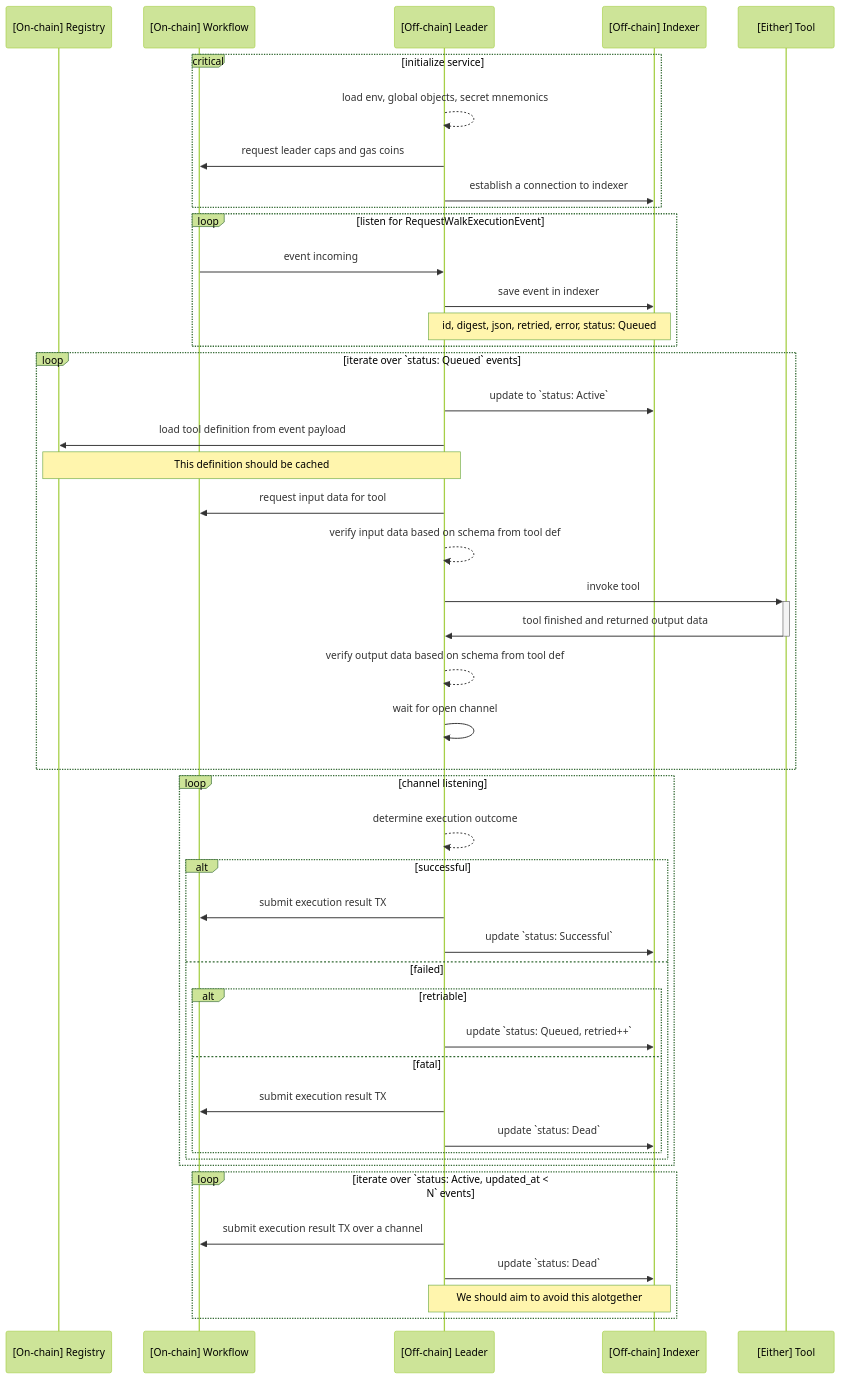
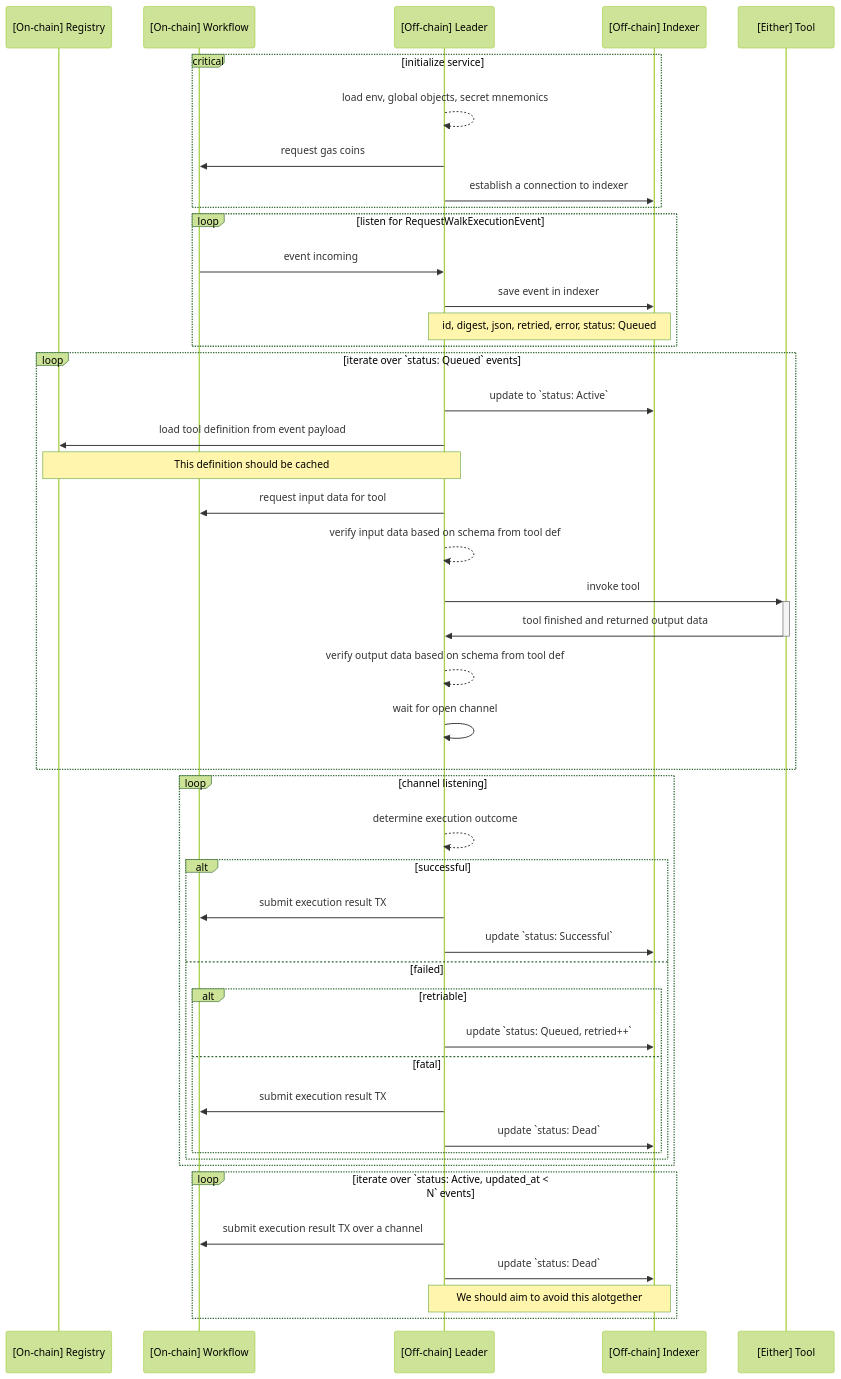
The first of 3 diagrams in nexus/crates/leader.md (Talus-Network/gitbook-docs), drawn with Mermaid (forest theme) before and after one commit. The commit also changed other lines of this file and 1 other file, not shown here.

````diff
--- a/nexus/crates/leader.md
+++ b/nexus/crates/leader.md
@@ -7,54 +7,54 @@
 ```mermaid
 sequenceDiagram
     participant RG as [On-chain] Registry
     participant WF as [On-chain] Workflow
     participant LD as [Off-chain] Leader
     participant DB as [Off-chain] Indexer
     participant TL as [Either] Tool
 
     critical initialize service
         LD-->>LD: load env, global objects, secret mnemonics
-        LD->>WF: request leader caps and gas coins
+        LD->>WF: request gas coins
         LD->>DB: establish a connection to indexer
     end
 
     loop listen for RequestWalkExecutionEvent
         WF->>LD: event incoming
         LD->>DB: save event in indexer
         Note over LD,DB: id, digest, json, retried, error, status: Queued
     end
 
     loop iterate over `status: Queued` events
         LD->>DB: update to `status: Active`
         LD->>RG: load tool definition from event payload
         Note over LD,RG: This definition should be cached
         LD->>WF: request input data for tool
         LD-->>LD: verify input data based on schema from tool def
         LD->>+TL: invoke tool
         TL->>-LD: tool finished and returned output data
         LD-->>LD: verify output data based on schema from tool def
         LD->>LD: wait for open channel
     end
 
     loop channel listening
         LD-->>LD: determine execution outcome
 
         alt successful
             LD->>WF: submit execution result TX
             LD->>DB: update `status: Successful`
         else failed
             alt retriable
                 LD->>DB: update `status: Queued, retried++`
             else fatal
                 LD->>WF: submit execution result TX
                 LD->>DB: update `status: Dead`
             end
         end
     end
 
     loop iterate over `status: Active, updated_at < N` events
         LD->>WF: submit execution result TX over a channel
         LD->>DB: update `status: Dead`
         Note over LD, DB: We should aim to avoid this alotgether
     end
 ```
````
